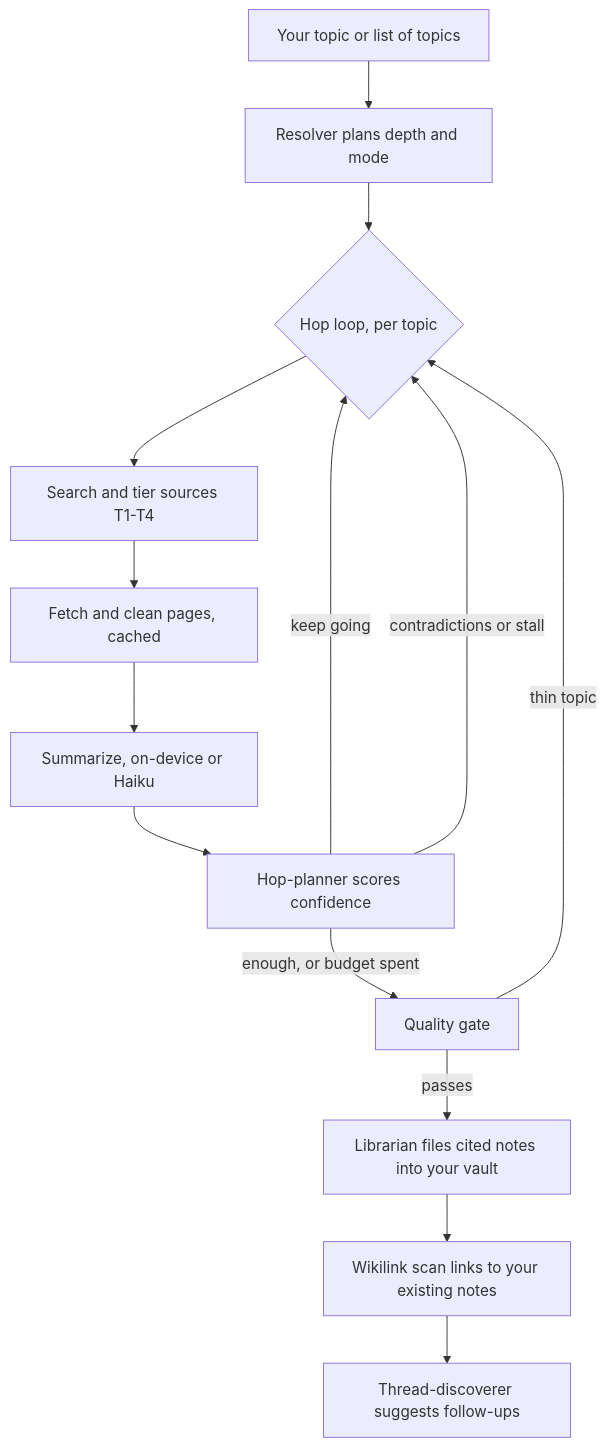
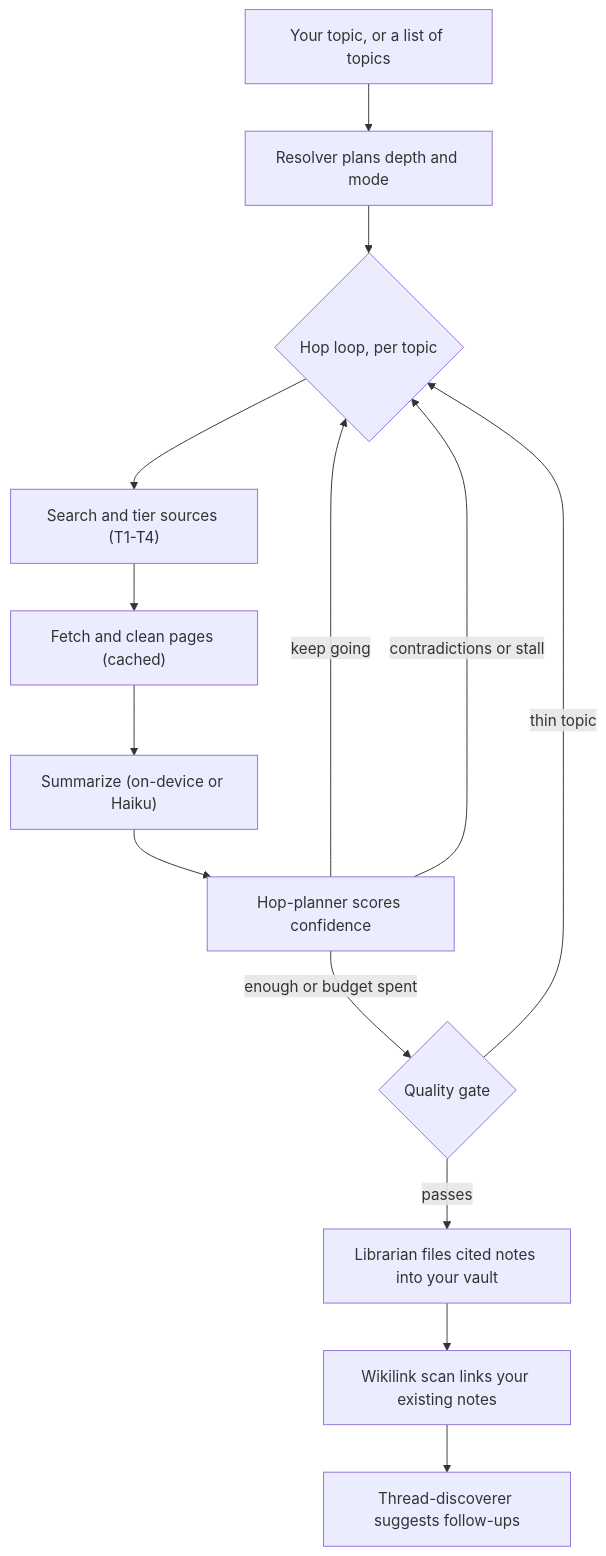
One commit to TimSimpsonJr/research-workflow changed the diagram in README.md. Above: the diagram before and after it, drawn with Mermaid.

Commit message:
fix: quote mermaid node labels so the diagram renders on GitHub
Unquoted labels (commas, colons, slashes, parens; nested [[ ]] in Librarian)
broke mermaid parsing. Quote every node label and drop the nested brackets.

````diff
--- a/README.md
+++ b/README.md
@@ -11,16 +11,16 @@
 ```mermaid
 flowchart TD
-    A[Your topic or list of topics] --> B[Resolver plans depth and mode]
-    B --> C{Hop loop, per topic}
-    C --> D[Search and tier sources T1-T4]
-    D --> E[Fetch and clean pages, cached]
-    E --> F[Summarize, on-device or Haiku]
-    F --> G[Hop-planner scores confidence]
+    A["Your topic, or a list of topics"] --> B["Resolver plans depth and mode"]
+    B --> C{"Hop loop, per topic"}
+    C --> D["Search and tier sources (T1-T4)"]
+    D --> E["Fetch and clean pages (cached)"]
+    E --> F["Summarize (on-device or Haiku)"]
+    F --> G["Hop-planner scores confidence"]
     G -->|keep going| C
     G -->|contradictions or stall| C
-    G -->|enough, or budget spent| H[Quality gate]
+    G -->|enough or budget spent| H{"Quality gate"}
     H -->|thin topic| C
-    H -->|passes| I[Librarian files cited notes into your vault]
-    I --> J[Wikilink scan links to your existing notes]
-    J --> K[Thread-discoverer suggests follow-ups]
+    H -->|passes| I["Librarian files cited notes into your vault"]
+    I --> J["Wikilink scan links your existing notes"]
+    J --> K["Thread-discoverer suggests follow-ups"]
 ```
````
